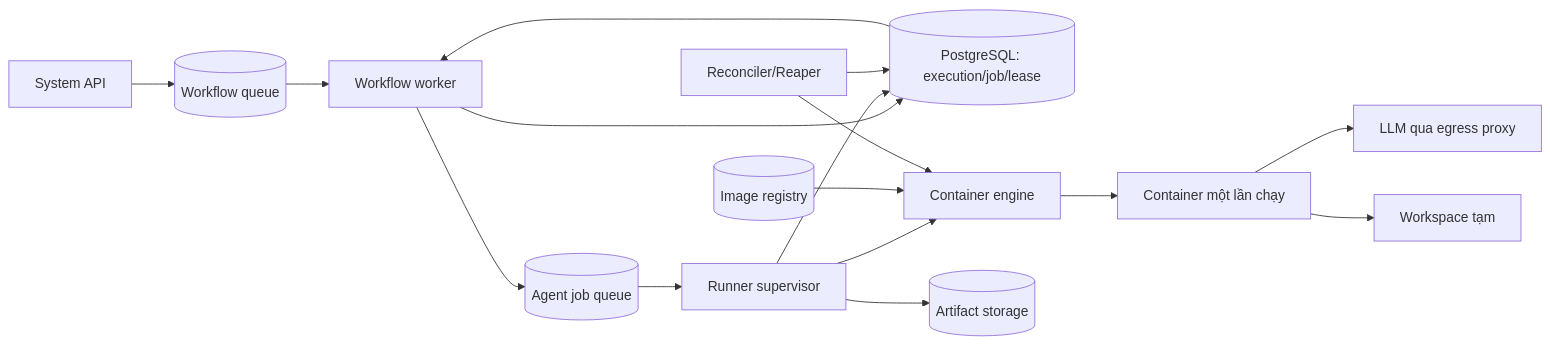
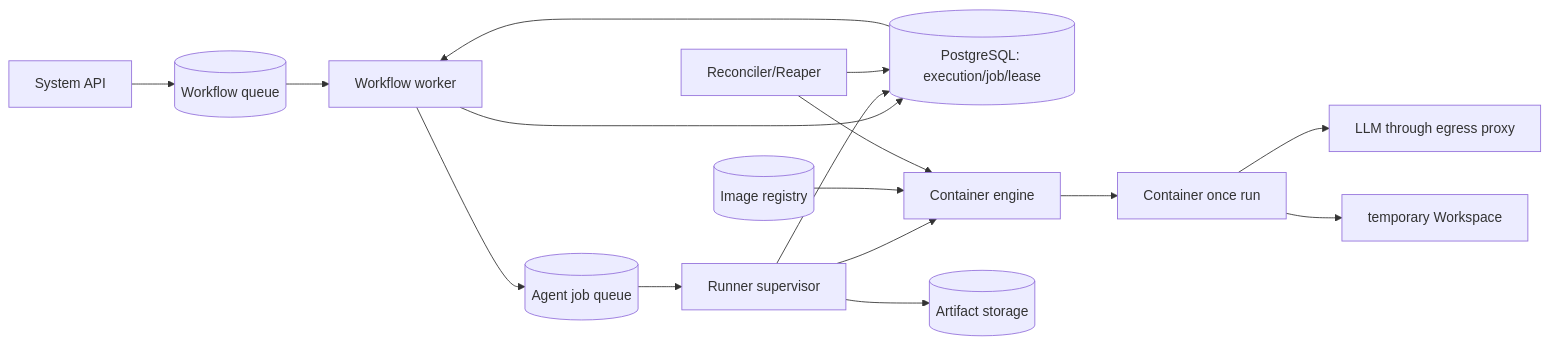
Before and after one commit to ndthangit/AgentFlow: the first of 2 diagrams in docs/ephemeral-agent-runtime.md, drawn with Mermaid. The commit also changed other lines of this file and 39 other files, not shown here.

````diff
--- a/docs/ephemeral-agent-runtime.md
+++ b/docs/ephemeral-agent-runtime.md
@@ -34,18 +34,18 @@
 ```mermaid
 flowchart LR
     API[System API] --> WQ[(Workflow queue)]
     WQ --> WW[Workflow worker]
     WW --> DB[(PostgreSQL: execution/job/lease)]
     WW --> AQ[(Agent job queue)]
     AQ --> RS[Runner supervisor]
     RS --> DE[Container engine]
     REG[(Image registry)] --> DE
-    DE --> C[Container một lần chạy]
-    C --> MODEL[LLM qua egress proxy]
-    C --> WS[Workspace tạm]
+    DE --> C[Container once run]
+    C --> MODEL[LLM through egress proxy]
+    C --> WS[temporary Workspace]
     RS --> OBJ[(Artifact storage)]
     RS --> DB
     DB --> WW
     REAP[Reconciler/Reaper] --> DB
     REAP --> DE
 ```
````
